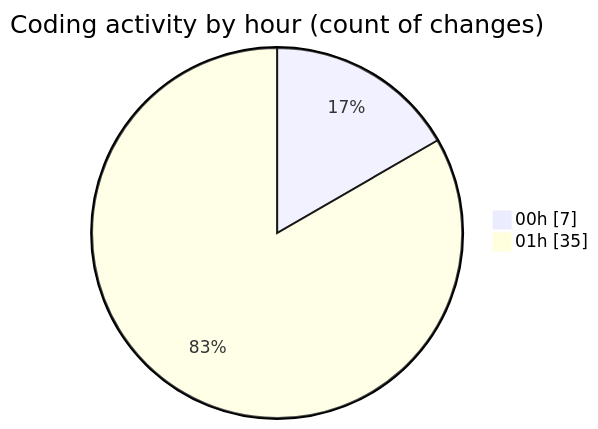
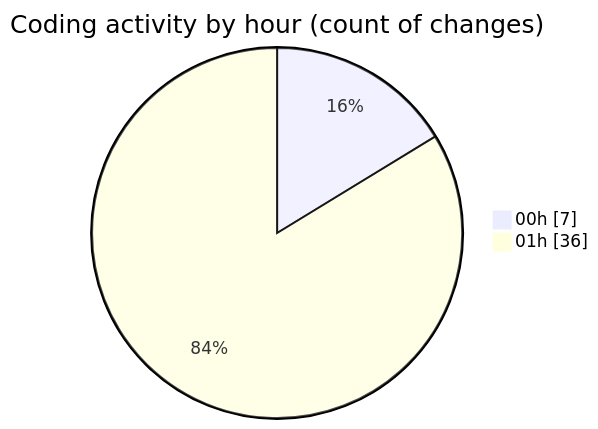
One commit to julien-gomy/code-tracking changed the second of 2 diagrams in 2025-10-07/eventscop-frontend-guide__workspace_/README.md. Above: the diagram before and after it, drawn with Mermaid. The commit also changed other lines of this file and 1 other file, not shown here.

````diff
--- a/2025-10-07/eventscop-frontend-guide__workspace_/README.md
+++ b/2025-10-07/eventscop-frontend-guide__workspace_/README.md
@@ -53,6 +53,6 @@
 ```mermaid
 pie showData
 title Coding activity by hour (count of changes)
 "00h" : 7
-"01h" : 35
+"01h" : 36
 ```
````
